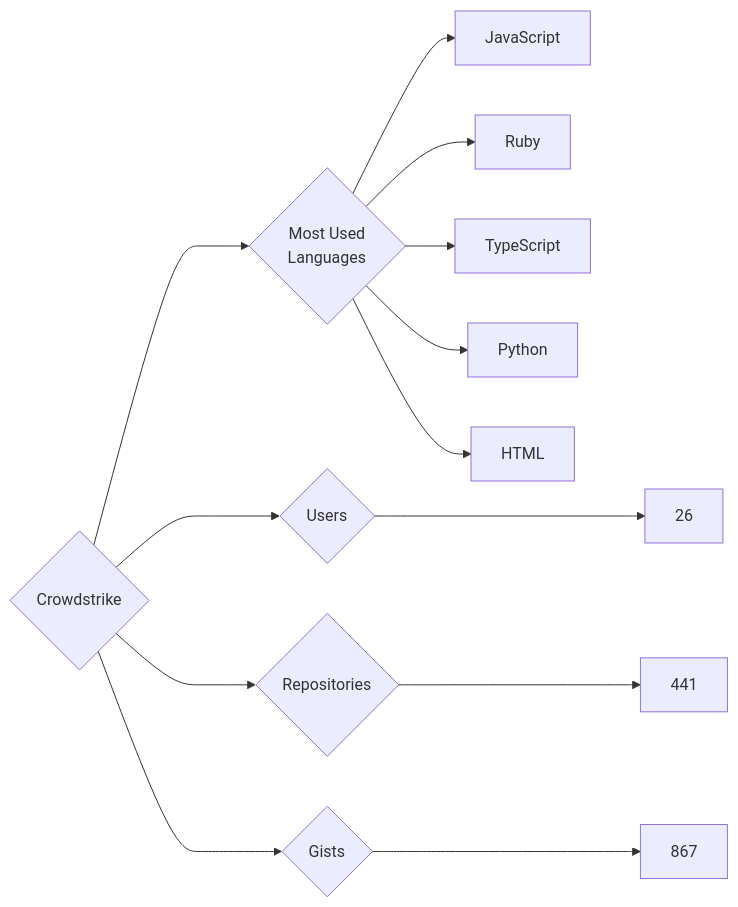
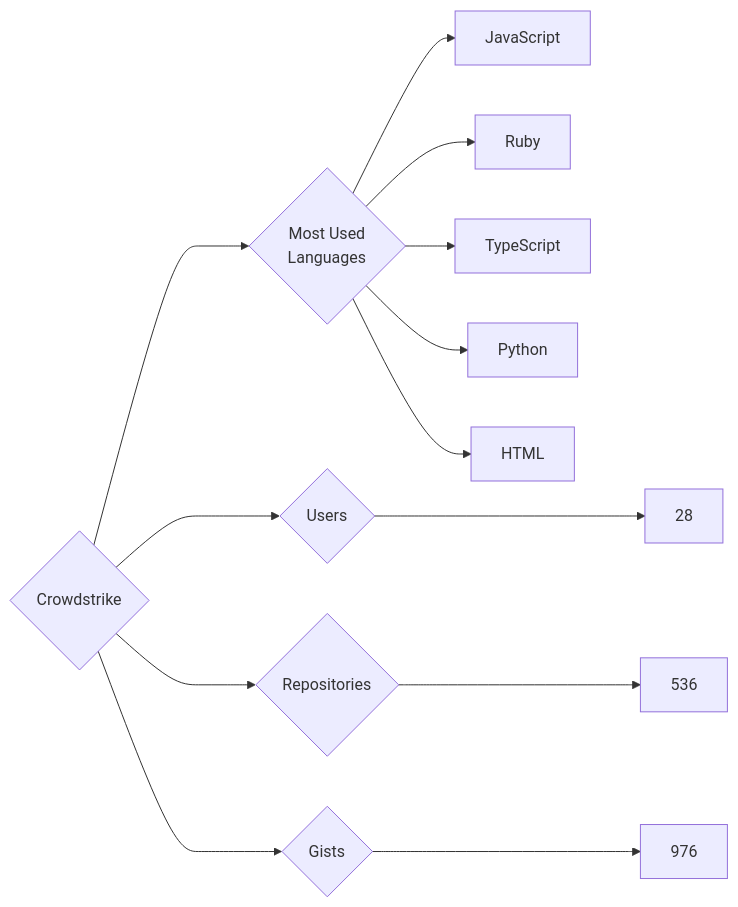
Before and after one commit to trickest/insiders: the diagram in targets/Crowdstrike/README.md, drawn with Mermaid. The commit also changed 718 other files, not shown here.

````diff
--- a/targets/Crowdstrike/README.md
+++ b/targets/Crowdstrike/README.md
@@ -3,13 +3,13 @@
 ```mermaid
 graph LR
 COMPANY_NAME{Crowdstrike}
-COMPANY_NAME ---> U{Users} ---> UN[26]
-COMPANY_NAME ---> R{Repositories} ---> RN[441]
-COMPANY_NAME ---> G{Gists} ---> GN[867]
+COMPANY_NAME ---> U{Users} ---> UN[28]
+COMPANY_NAME ---> R{Repositories} ---> RN[536]
+COMPANY_NAME ---> G{Gists} ---> GN[976]
 COMPANY_NAME ---> ML{Most Used<br>Languages}
 ML --> JavaScript[JavaScript]
 ML --> Ruby[Ruby]
 ML --> TypeScript[TypeScript]
 ML --> Python[Python]
 ML --> HTML[HTML]
 ```
````
